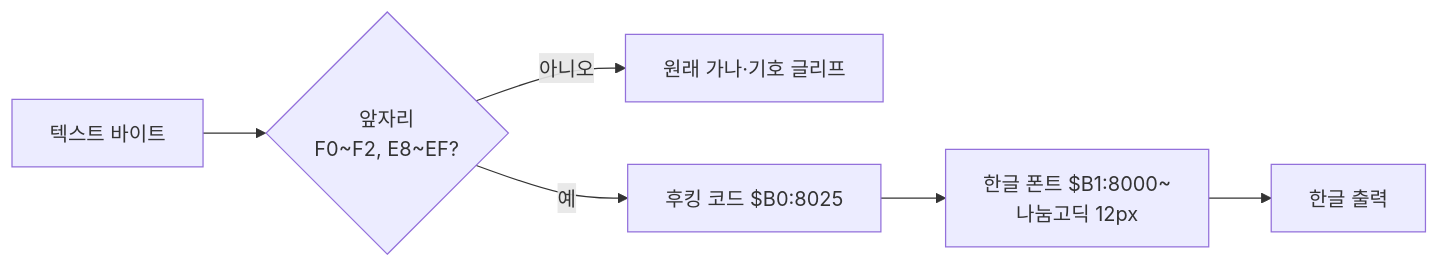
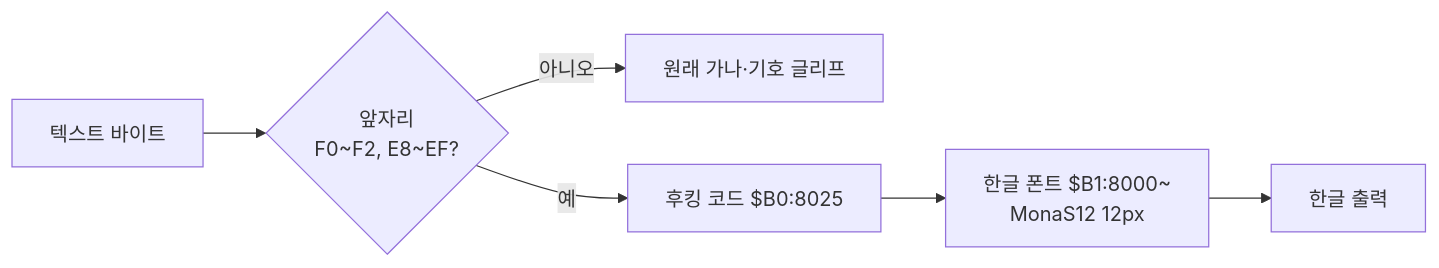
Before and after one commit to game-patch-ko/srw3-ko: the second of 3 diagrams in README.md, drawn with Mermaid. The commit also changed other lines of this file and 21 other files, not shown here.

````diff
--- a/README.md
+++ b/README.md
@@ -187,8 +187,8 @@
 ```mermaid
 flowchart LR
     A[텍스트 바이트] --> B{앞자리<br>F0~F2, E8~EF?}
     B -- 아니오 --> C[원래 가나·기호 글리프]
     B -- 예 --> D[후킹 코드 $B0:8025]
-    D --> E[한글 폰트 $B1:8000~<br>나눔고딕 12px]
+    D --> E[한글 폰트 $B1:8000~<br>MonaS12 12px]
     E --> F[한글 출력]
 ```
````
